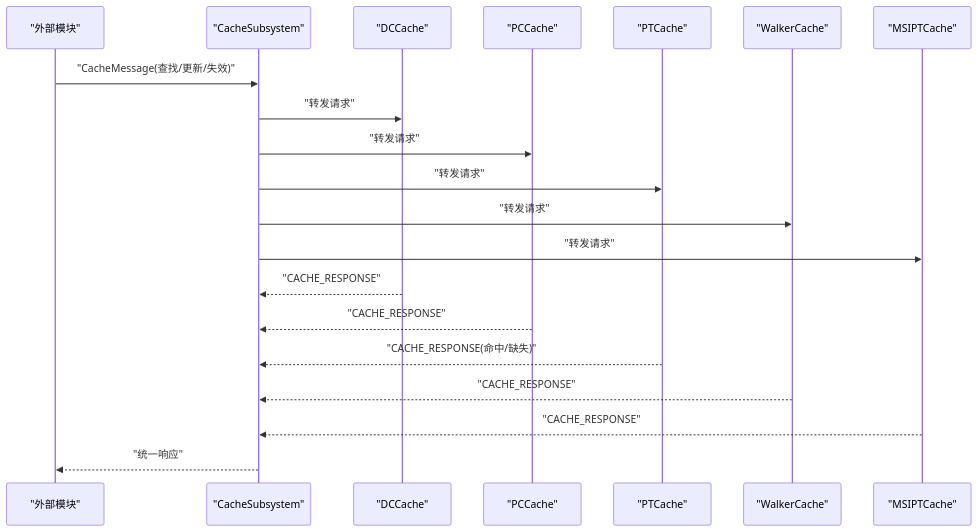
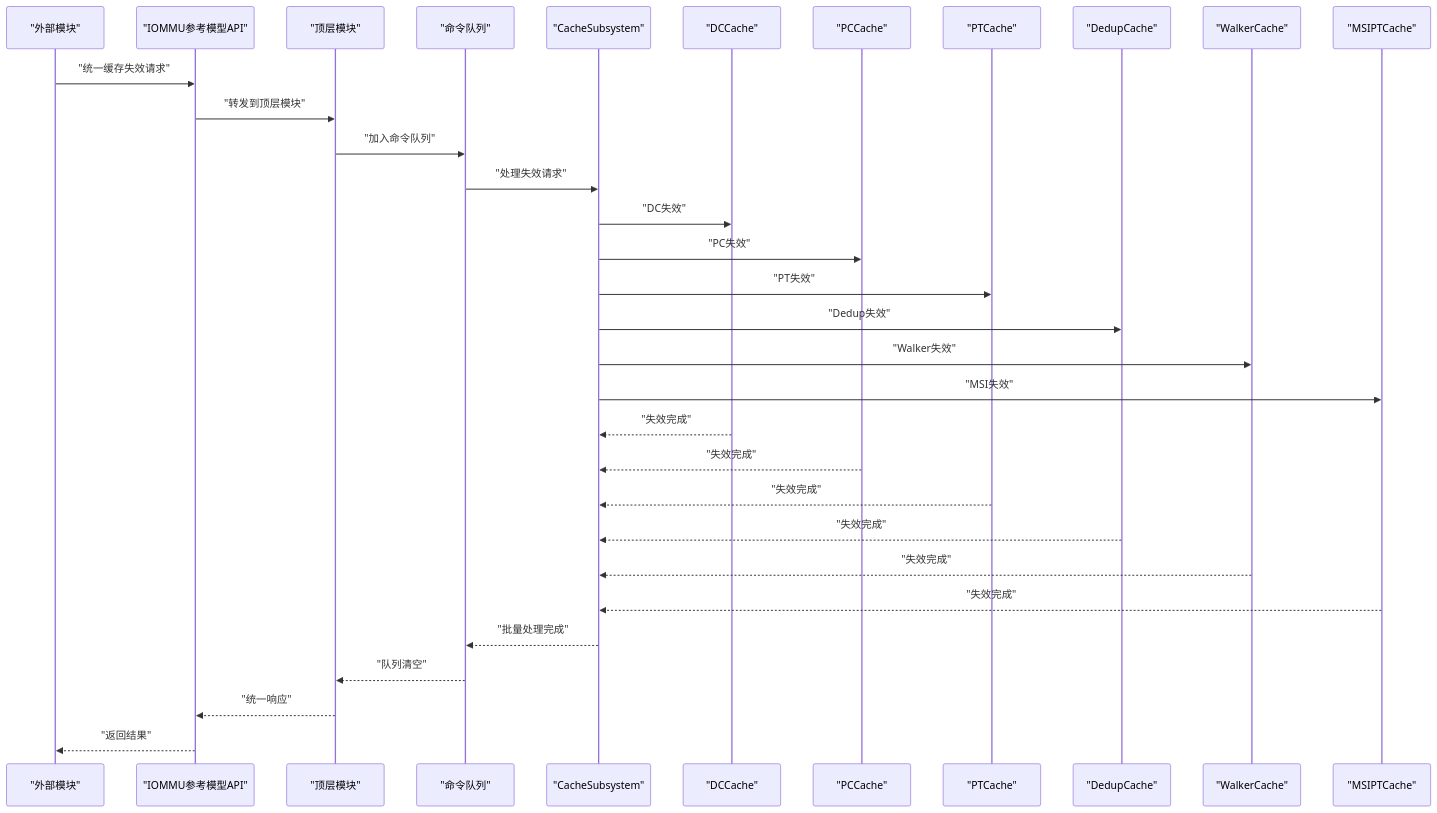
Before and after one commit to jiangjiang1122/iommu_model_20260401_v1: the second of 9 diagrams in .qoder/repowiki/zh/content/API参考手册/缓存接口.md, drawn with Mermaid. The commit also changed other lines of this file and 186 other files, not shown here.

````diff
--- a/.qoder/repowiki/zh/content/API参考手册/缓存接口.md
+++ b/.qoder/repowiki/zh/content/API参考手册/缓存接口.md
@@ -109,22 +141,34 @@
 ```mermaid
 sequenceDiagram
 participant Ext as "外部模块"
+participant RefAPI as "IOMMU参考模型API"
+participant Top as "顶层模块"
+participant CmdQ as "命令队列"
 participant CS as "CacheSubsystem"
 participant DC as "DCCache"
 participant PC as "PCCache"
 participant PT as "PTCache"
+participant DEDUP as "DedupCache"
 participant WC as "WalkerCache"
 participant MSI as "MSIPTCache"
-Ext->>CS : "CacheMessage(查找/更新/失效)"
-CS->>DC : "转发请求"
-CS->>PC : "转发请求"
-CS->>PT : "转发请求"
-CS->>WC : "转发请求"
-CS->>MSI : "转发请求"
-DC-->>CS : "CACHE_RESPONSE"
-PC-->>CS : "CACHE_RESPONSE"
-PT-->>CS : "CACHE_RESPONSE(命中/缺失)"
-WC-->>CS : "CACHE_RESPONSE"
-MSI-->>CS : "CACHE_RESPONSE"
-CS-->>Ext : "统一响应"
+Ext->>RefAPI : "统一缓存失效请求"
+RefAPI->>Top : "转发到顶层模块"
+Top->>CmdQ : "加入命令队列"
+CmdQ->>CS : "处理失效请求"
+CS->>DC : "DC失效"
+CS->>PC : "PC失效"
+CS->>PT : "PT失效"
+CS->>DEDUP : "Dedup失效"
+CS->>WC : "Walker失效"
+CS->>MSI : "MSI失效"
+DC-->>CS : "失效完成"
+PC-->>CS : "失效完成"
+PT-->>CS : "失效完成"
+DEDUP-->>CS : "失效完成"
+WC-->>CS : "失效完成"
+MSI-->>CS : "失效完成"
+CS-->>CmdQ : "批量处理完成"
+CmdQ-->>Top : "队列清空"
+Top-->>RefAPI : "统一响应"
+RefAPI-->>Ext : "返回结果"
 ```
````
